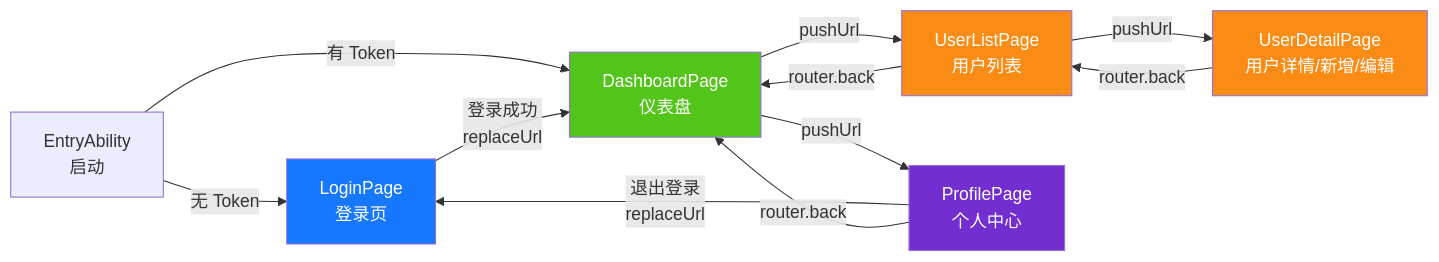
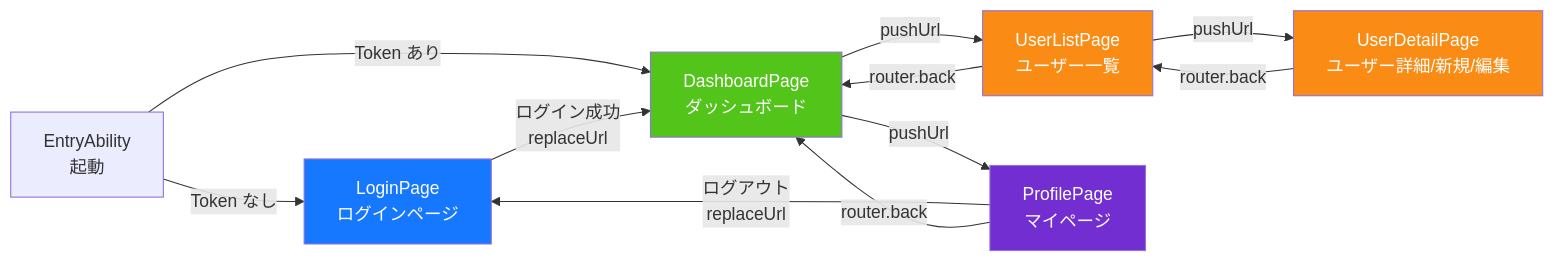
Diagram 12 of 14 in admin/docs/ARCHITECTURE.ja.md (erikwang2013/game-platform-php), drawn with Mermaid before and after one commit. The commit also changed other lines of this file and 211 other files, not shown here.

First line of the commit message:
fix: 支付配置读回类型根治、提现事件对账巡检，12 语族 mermaid 与 API 标签本地化

````diff
--- a/admin/docs/ARCHITECTURE.ja.md
+++ b/admin/docs/ARCHITECTURE.ja.md
@@ -573,24 +573,24 @@
 ```mermaid
 flowchart LR
-    EA["EntryAbility<br/>启动"]
-    EA -->|"无 Token"| LP["LoginPage<br/>登录页"]
-    EA -->|"有 Token"| DP["DashboardPage<br/>仪表盘"]
+    EA["EntryAbility<br/>起動"]
+    EA -->|"Token なし"| LP["LoginPage<br/>ログインページ"]
+    EA -->|"Token あり"| DP["DashboardPage<br/>ダッシュボード"]
 
-    LP -->|"登录成功<br/>replaceUrl"| DP
+    LP -->|"ログイン成功<br/>replaceUrl"| DP
 
-    DP -->|"pushUrl"| ULP["UserListPage<br/>用户列表"]
-    DP -->|"pushUrl"| PP["ProfilePage<br/>个人中心"]
+    DP -->|"pushUrl"| ULP["UserListPage<br/>ユーザー一覧"]
+    DP -->|"pushUrl"| PP["ProfilePage<br/>マイページ"]
 
-    ULP -->|"pushUrl"| UDP["UserDetailPage<br/>用户详情/新增/编辑"]
+    ULP -->|"pushUrl"| UDP["UserDetailPage<br/>ユーザー詳細/新規/編集"]
     ULP -->|"router.back"| DP
     UDP -->|"router.back"| ULP
 
-    PP -->|"退出登录<br/>replaceUrl"| LP
+    PP -->|"ログアウト<br/>replaceUrl"| LP
     PP -->|"router.back"| DP
 
     style LP fill:#1677FF,color:#fff
     style DP fill:#52C41A,color:#fff
     style ULP fill:#FA8C16,color:#fff
     style UDP fill:#FA8C16,color:#fff
     style PP fill:#722ED1,color:#fff
 ```
````
